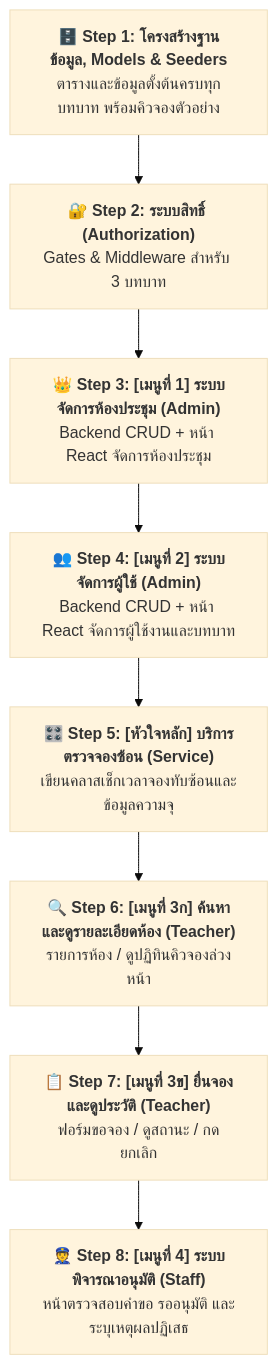
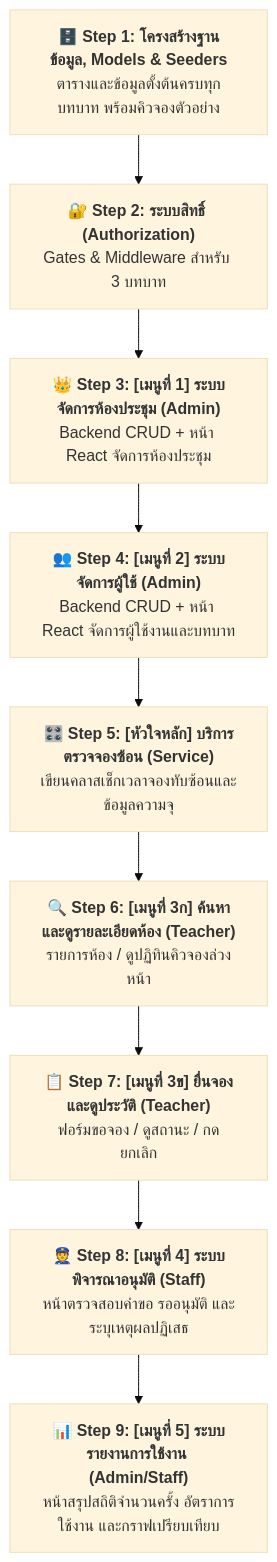
One commit to Krungsri/laravel-vibecode changed the first of 3 diagrams in 02-workshop.md. Above: the diagram before and after it, drawn with Mermaid (base theme). The commit also changed other lines of this file and 1 other file, not shown here.

````diff
--- a/02-workshop.md
+++ b/02-workshop.md
@@ -37,10 +37,11 @@
 ```mermaid
 flowchart TD
     A["🗄️ <b>Step 1: โครงสร้างฐานข้อมูล, Models & Seeders</b><br>ตารางและข้อมูลตั้งต้นครบทุกบทบาท พร้อมคิวจองตัวอย่าง"] --> B["🔐 <b>Step 2: ระบบสิทธิ์ (Authorization)</b><br>Gates & Middleware สำหรับ 3 บทบาท"]
     B --> C["👑 <b>Step 3: [เมนูที่ 1] ระบบจัดการห้องประชุม (Admin)</b><br>Backend CRUD + หน้า React จัดการห้องประชุม"]
     C --> D["👥 <b>Step 4: [เมนูที่ 2] ระบบจัดการผู้ใช้ (Admin)</b><br>Backend CRUD + หน้า React จัดการผู้ใช้งานและบทบาท"]
     D --> E["🎛️ <b>Step 5: [หัวใจหลัก] บริการตรวจจองซ้อน (Service)</b><br>เขียนคลาสเช็กเวลาจองทับซ้อนและข้อมูลความจุ"]
     E --> F["🔍 <b>Step 6: [เมนูที่ 3ก] ค้นหาและดูรายละเอียดห้อง (Teacher)</b><br>รายการห้อง / ดูปฏิทินคิวจองล่วงหน้า"]
     F --> G["📋 <b>Step 7: [เมนูที่ 3ข] ยื่นจองและดูประวัติ (Teacher)</b><br>ฟอร์มขอจอง / ดูสถานะ / กดยกเลิก"]
     G --> H["👮 <b>Step 8: [เมนูที่ 4] ระบบพิจารณาอนุมัติ (Staff)</b><br>หน้าตรวจสอบคำขอ รออนุมัติ และระบุเหตุผลปฏิเสธ"]
+    H --> I["📊 <b>Step 9: [เมนูที่ 5] ระบบรายงานการใช้งาน (Admin/Staff)</b><br>หน้าสรุปสถิติจำนวนครั้ง อัตราการใช้งาน และกราฟเปรียบเทียบ"]
 ```
````
